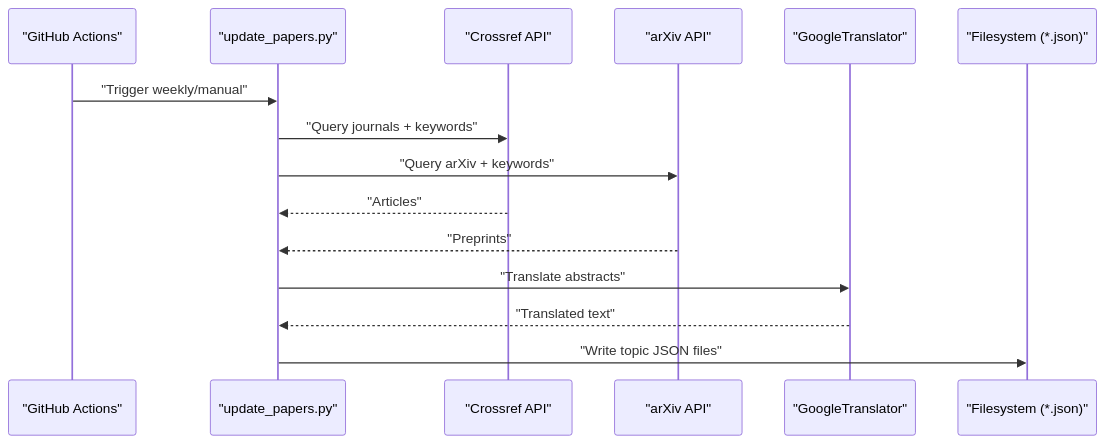
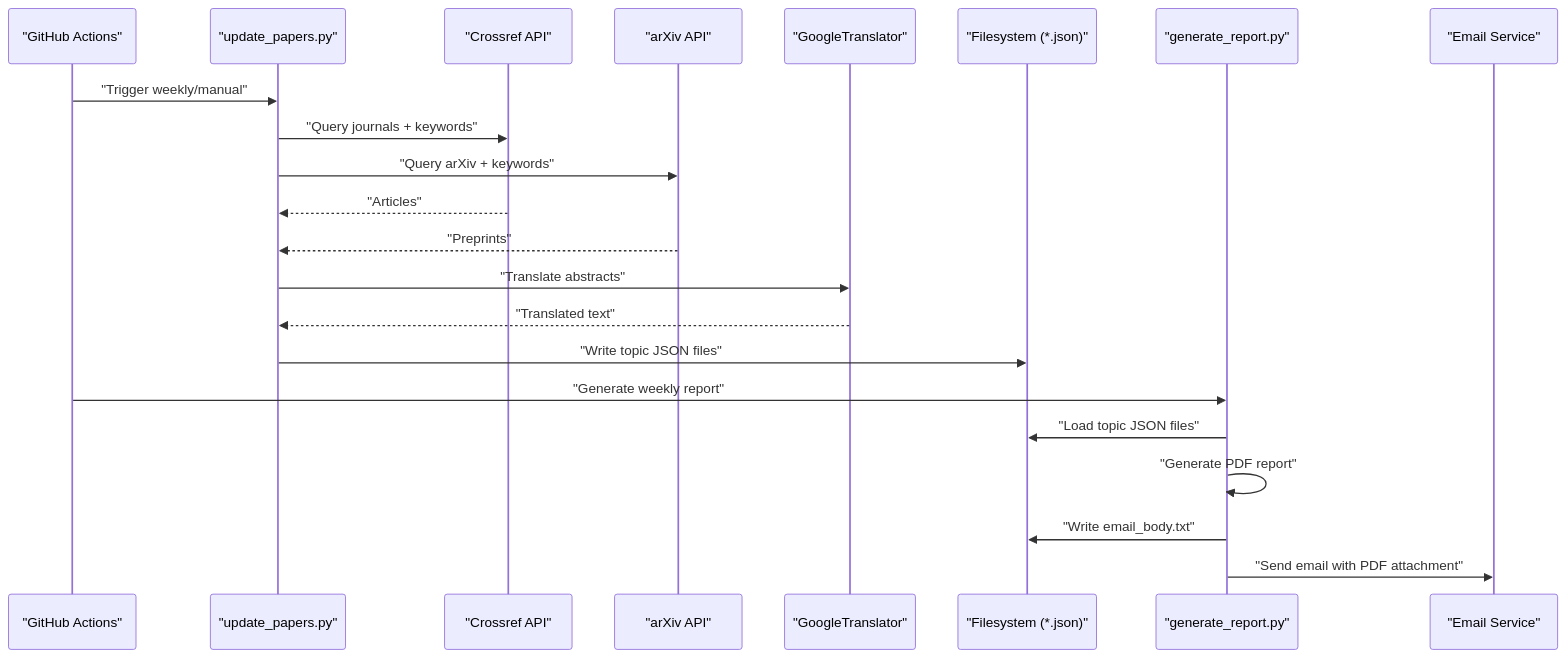
One commit to junxie01/cryoseismology_papers changed the second of 6 diagrams in .qoder/repowiki/en/content/Customization & Extension/Customization & Extension.md. Above: the diagram before and after it, drawn with Mermaid. The commit also changed other lines of this file and 4 other files, not shown here.

````diff
--- a/.qoder/repowiki/en/content/Customization & Extension/Customization & Extension.md
+++ b/.qoder/repowiki/en/content/Customization & Extension/Customization & Extension.md
@@ -124,17 +163,24 @@
 ```mermaid
 sequenceDiagram
 participant Scheduler as "GitHub Actions"
 participant Script as "update_papers.py"
 participant Crossref as "Crossref API"
 participant Arxiv as "arXiv API"
 participant Translator as "GoogleTranslator"
 participant FS as "Filesystem (*.json)"
+participant Report as "generate_report.py"
+participant Email as "Email Service"
 Scheduler->>Script : "Trigger weekly/manual"
 Script->>Crossref : "Query journals + keywords"
 Script->>Arxiv : "Query arXiv + keywords"
 Crossref-->>Script : "Articles"
 Arxiv-->>Script : "Preprints"
 Script->>Translator : "Translate abstracts"
 Translator-->>Script : "Translated text"
 Script->>FS : "Write topic JSON files"
+Scheduler->>Report : "Generate weekly report"
+Report->>FS : "Load topic JSON files"
+Report->>Report : "Generate PDF report"
+Report->>FS : "Write email_body.txt"
+Report->>Email : "Send email with PDF attachment"
 ```
````
